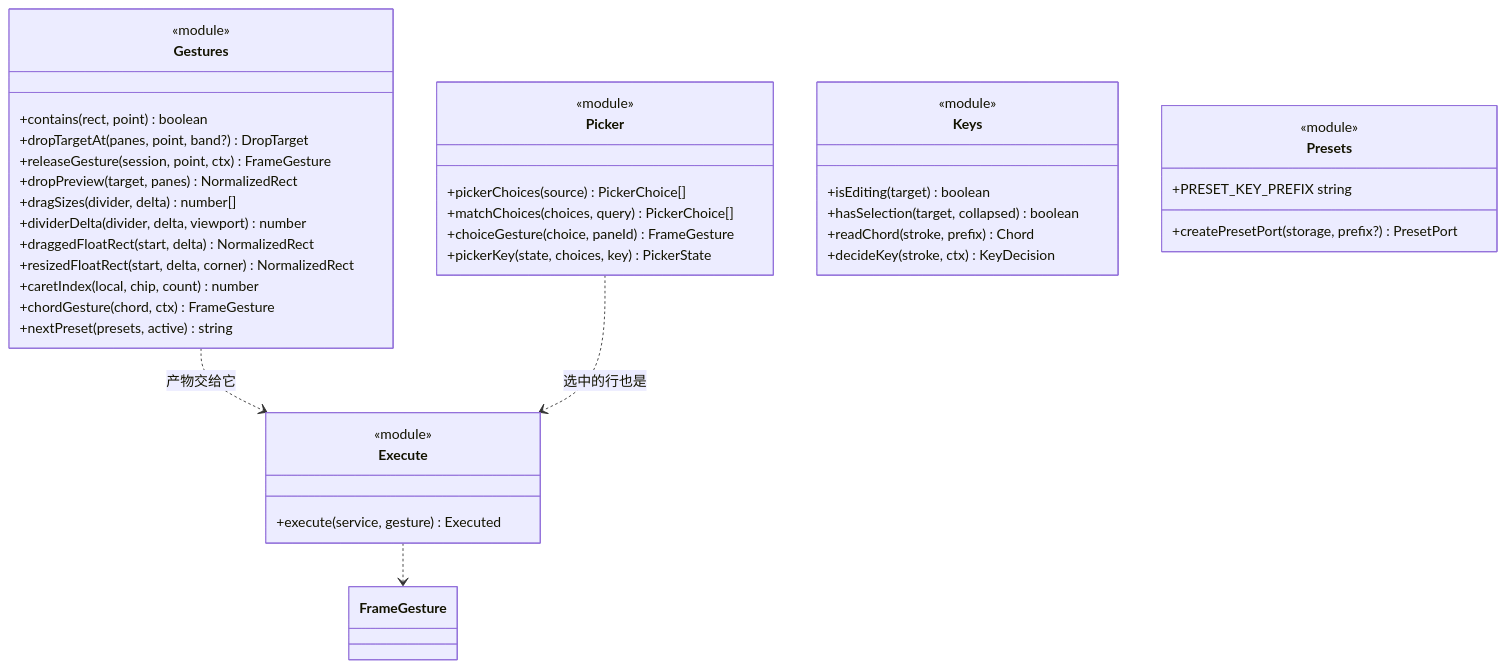
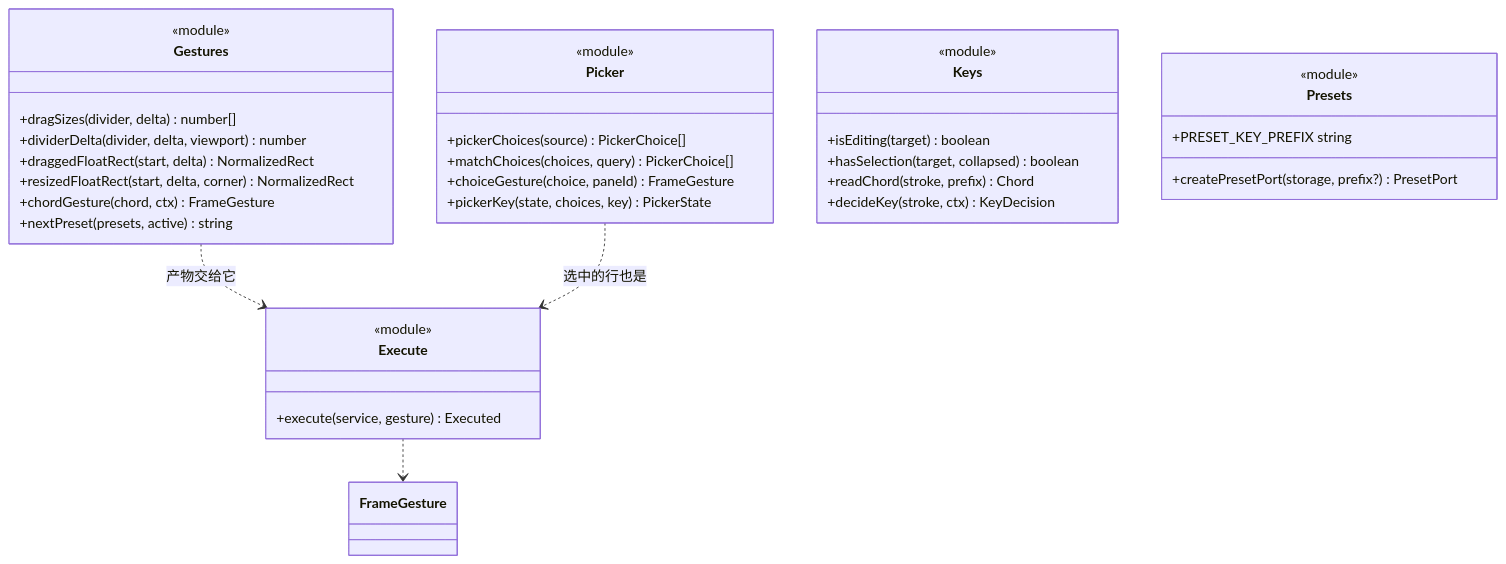
Before and after one commit to AllenSue/dsh-frame-web: the fourth of 4 diagrams in DESIGN.md, drawn with Mermaid. The commit also changed other lines of this file and 5 other files, not shown here.

````diff
--- a/DESIGN.md
+++ b/DESIGN.md
@@ -207,44 +208,39 @@
 ```mermaid
 classDiagram
     class Gestures {
         <<module>>
-        +contains(rect, point) boolean
-        +dropTargetAt(panes, point, band?) DropTarget
-        +releaseGesture(session, point, ctx) FrameGesture
-        +dropPreview(target, panes) NormalizedRect
         +dragSizes(divider, delta) number[]
         +dividerDelta(divider, delta, viewport) number
         +draggedFloatRect(start, delta) NormalizedRect
         +resizedFloatRect(start, delta, corner) NormalizedRect
-        +caretIndex(local, chip, count) number
         +chordGesture(chord, ctx) FrameGesture
         +nextPreset(presets, active) string
     }
     class Picker {
         <<module>>
         +pickerChoices(source) PickerChoice[]
         +matchChoices(choices, query) PickerChoice[]
         +choiceGesture(choice, paneId) FrameGesture
         +pickerKey(state, choices, key) PickerState
     }
     class Keys {
         <<module>>
         +isEditing(target) boolean
         +hasSelection(target, collapsed) boolean
         +readChord(stroke, prefix) Chord
         +decideKey(stroke, ctx) KeyDecision
     }
     class Execute {
         <<module>>
         +execute(service, gesture) Executed
     }
     class Presets {
         <<module>>
         +PRESET_KEY_PREFIX string
         +createPresetPort(storage, prefix?) PresetPort
     }
 
     Gestures ..> Execute : 产物交给它
     Picker ..> Execute : 选中的行也是
     Execute ..> FrameGesture
 ```
````
